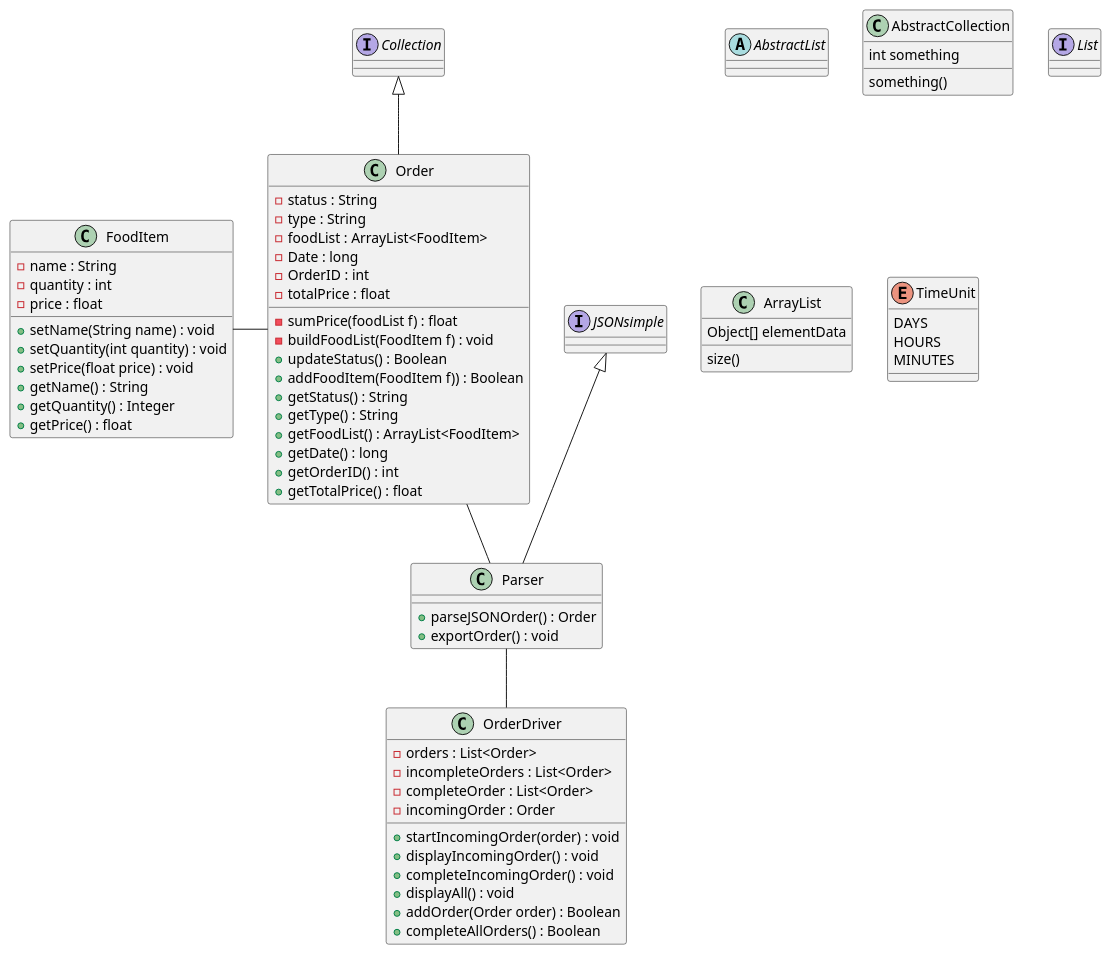
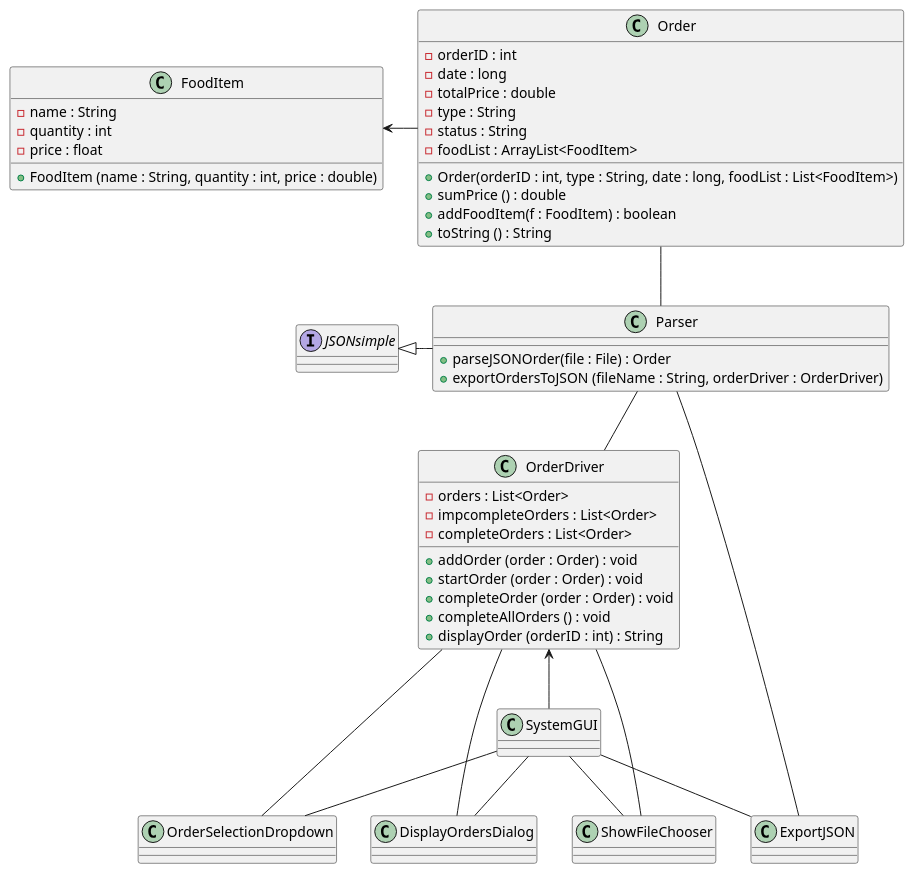
Before and after one commit to aidanmahl/372GroupProject: the diagram in code/src/main/java/Design/ClassUMLDiagram.puml, drawn with PlantUML. The commit also changed 1 other file, not shown here.

Commit message:
Updated UMLDiagram to match Note: there are alot of connections with the SystemGUI.

```diff
--- a/code/src/main/java/Design/ClassUMLDiagram.puml
+++ b/code/src/main/java/Design/ClassUMLDiagram.puml
@@ -1,93 +1,75 @@
 @startuml
 'https://plantuml.com/class-diagram
 
-abstract class AbstractList
-abstract AbstractCollection
 class Parser
 class FoodItem
 class Order
 class OrderDriver
-/'
-9-19-2025 -Joseph
-I don't think we need to be documenting java util classes in here.
-We should only be documenting classes built in this package.
-If we need to describe a relationship our classes have, that belongs in that classes description no?
-'/
-interface List
-interface Collection
+
+class SystemGUI
+class ShowFileChooser
+class DisplayOrdersDialog
+class ExportJSON
+class OrderSelectionDropdown
+
 interface JSONsimple
 
 
-JSONsimple <|-- Parser
-Collection <|-- Order
+JSONsimple <|- Parser
 Order -- Parser
-FoodItem - Order
+FoodItem <- Order
 Parser -- OrderDriver
 
-class ArrayList {
-Object[] elementData
-size()
-}
 
-enum TimeUnit {
-DAYS
-HOURS
-MINUTES
-}
+OrderDriver <-- SystemGUI
+OrderDriver -- ShowFileChooser
+OrderDriver -- DisplayOrdersDialog
+Parser -- ExportJSON
+OrderDriver -- OrderSelectionDropdown
 
-class AbstractCollection {
-int something
-something()
-}
+SystemGUI -- ShowFileChooser
+SystemGUI -- DisplayOrdersDialog
+SystemGUI -- ExportJSON
+SystemGUI -- OrderSelectionDropdown
 
 class FoodItem {
 - name : String
 - quantity : int
 - price : float
-+ setName(String name) : void
-+ setQuantity(int quantity) : void
-+ setPrice(float price) : void
-+ getName() : String
-+ getQuantity() : Integer
-+ getPrice() : float
+
++ FoodItem (name : String, quantity : int, price : double)
 }
 
 class Order {
+- orderID : int
+- date : long
+- totalPrice : double
+- type : String
 - status : String
-- type : String
 - foodList : ArrayList<FoodItem>
-- Date : long
-- OrderID : int
-- totalPrice : float
-- sumPrice(foodList f) : float
-- buildFoodList(FoodItem f) : void
-+ updateStatus() : Boolean
-+ addFoodItem(FoodItem f)) : Boolean
-+ getStatus() : String
-+ getType() : String
-+ getFoodList() : ArrayList<FoodItem>
-+ getDate() : long
-+ getOrderID() : int
-+ getTotalPrice() : float
+
++ Order(orderID : int, type : String, date : long, foodList : List<FoodItem>)
++ sumPrice () : double
++ addFoodItem(f : FoodItem) : boolean
++ toString () : String
 }
 
 class Parser {
-+ parseJSONOrder() : Order
-+ exportOrder() : void
++ parseJSONOrder(file : File) : Order
++ exportOrdersToJSON (fileName : String, orderDriver : OrderDriver)
 }
 
 class OrderDriver {
 - orders : List<Order>
-- incompleteOrders : List<Order>
-- completeOrder : List<Order>
-- incomingOrder : Order
-+ startIncomingOrder(order) : void
-+ displayIncomingOrder() : void
-+ completeIncomingOrder() : void
-+ displayAll() : void
-+ addOrder(Order order) : Boolean
-+ completeAllOrders() : Boolean
+- impcompleteOrders : List<Order>
+- completeOrders : List<Order>
+
++ addOrder (order : Order) : void
++ startOrder (order : Order) : void
++ completeOrder (order : Order) : void
++ completeAllOrders () : void
++ displayOrder (orderID : int) : String
 }
 
 
 @enduml
```
